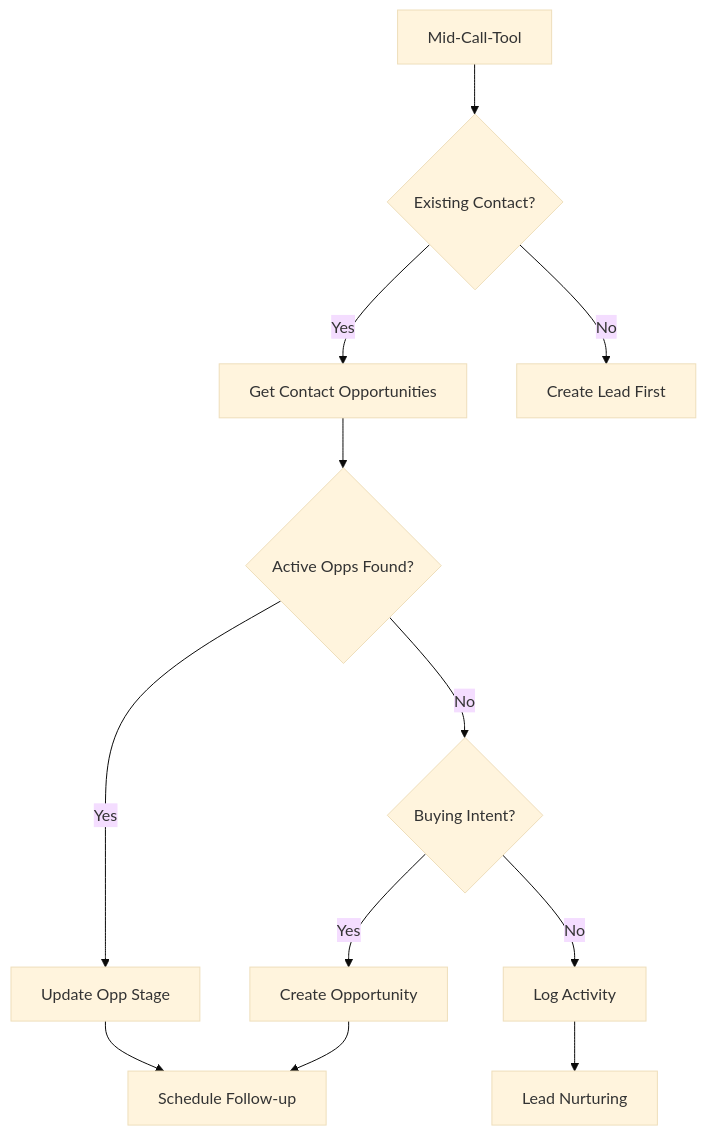
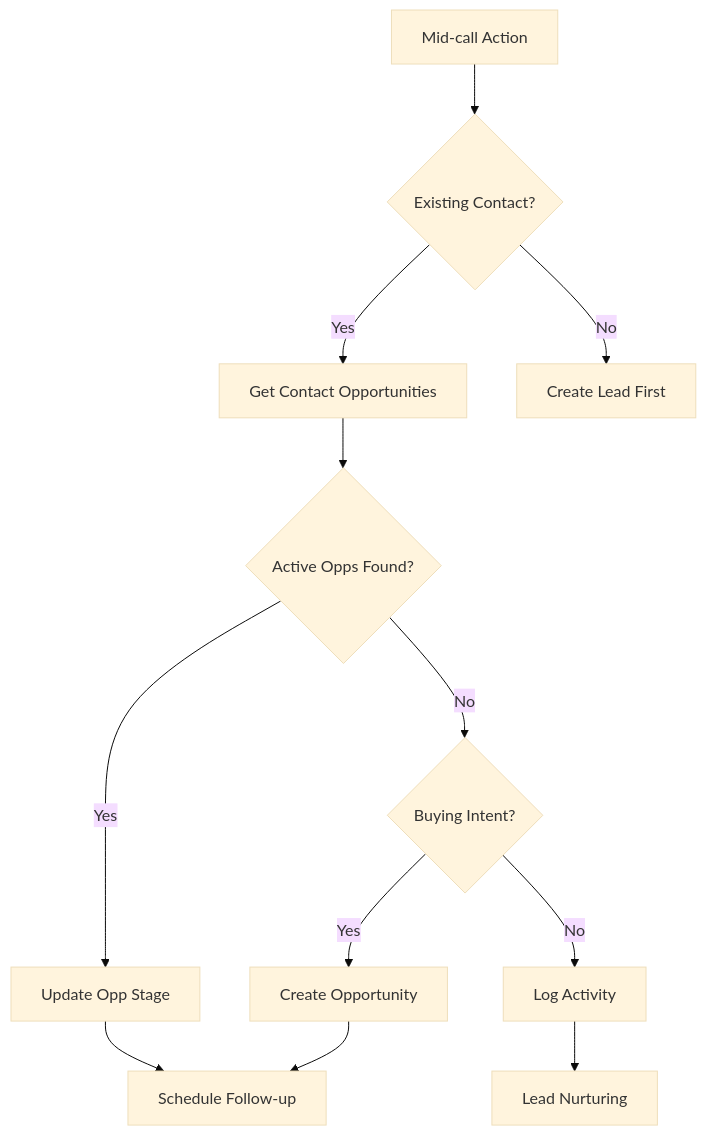
One commit to bekgroup/Famulor-docs-de changed the first of 2 diagrams in automation-platform/mid-call-tools/integration-templates/salesforce-integration.mdx. Above: the diagram before and after it, drawn with Mermaid (base theme). The commit also changed other lines of this file and 42 other files, not shown here.

Commit message:
mid call actions

````diff
--- a/automation-platform/mid-call-tools/integration-templates/salesforce-integration.mdx
+++ b/automation-platform/mid-call-tools/integration-templates/salesforce-integration.mdx
@@ -299,14 +299,14 @@
 ```mermaid
 flowchart TD
-    A[Mid-Call-Tool] --> B{Existing Contact?}
+    A[Mid-call Action] --> B{Existing Contact?}
     B -->|Yes| C[Get Contact Opportunities]
     B -->|No| D[Create Lead First]
     C --> E{Active Opps Found?}
     E -->|Yes| F[Update Opp Stage]
     E -->|No| G{Buying Intent?}
     G -->|Yes| H[Create Opportunity]
     G -->|No| I[Log Activity]
     F --> J[Schedule Follow-up]
     H --> J
     I --> K[Lead Nurturing]
 ```
````
